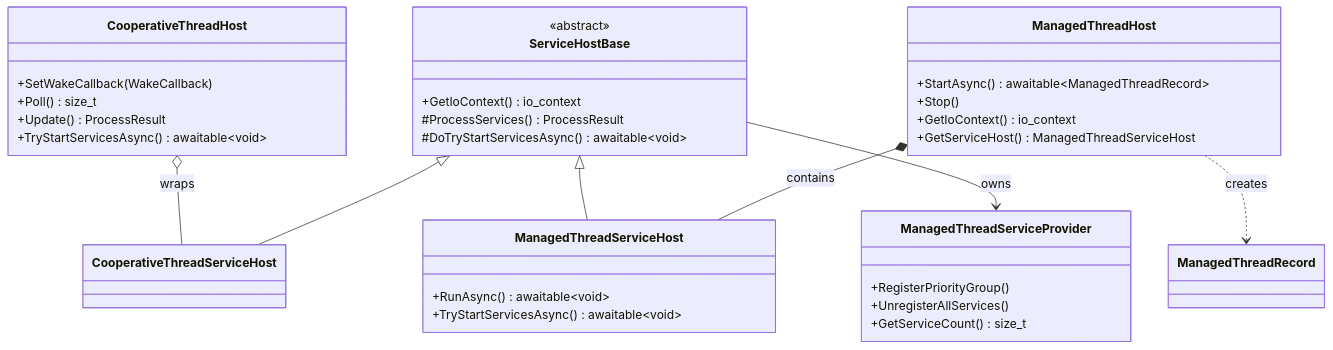
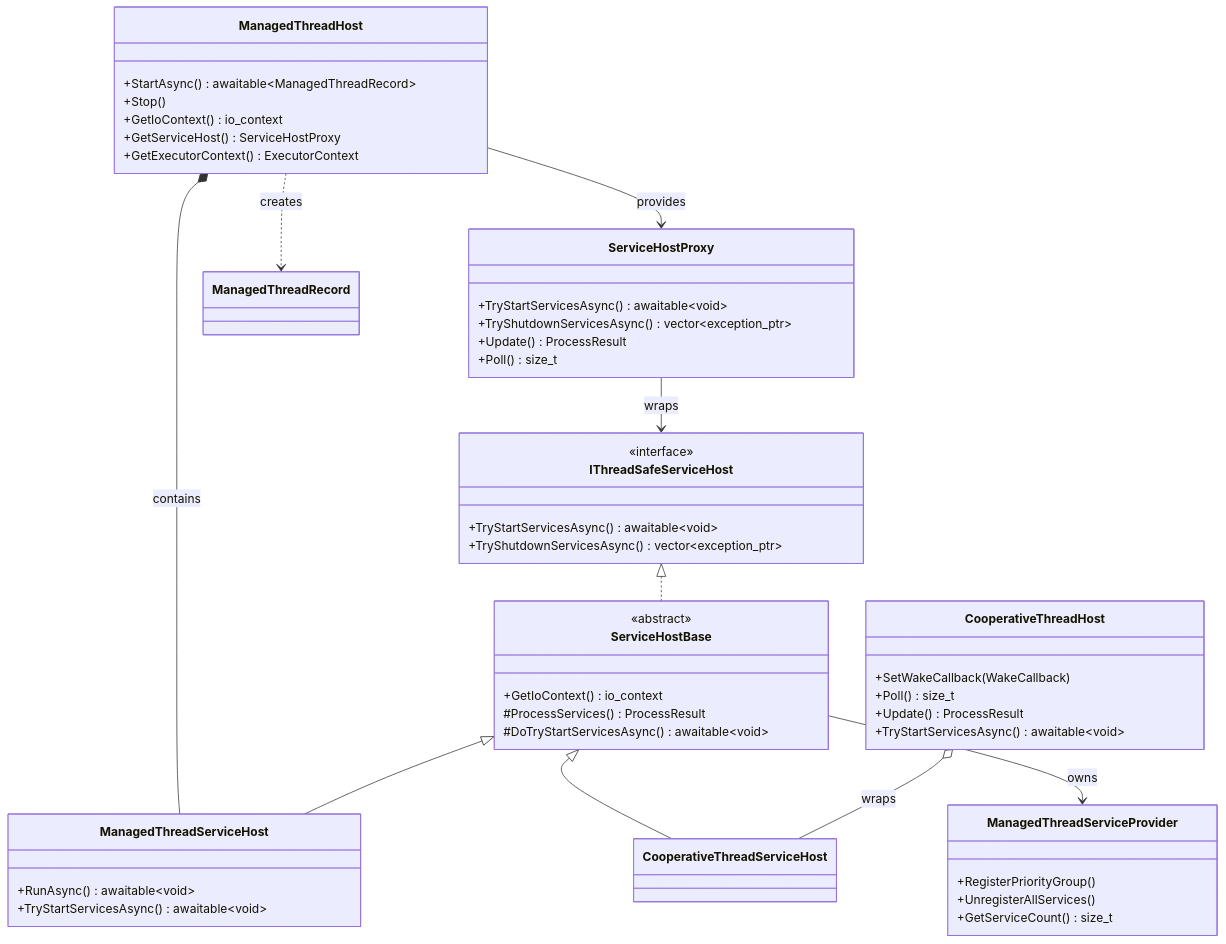
One commit to Unarmed1000/ServiceFrameworkExperiments changed the third of 11 diagrams in docs/class-diagrams.md. Above: the diagram before and after it, drawn with Mermaid. The commit also changed other lines of this file, not shown here.

Commit message:
Enhance class diagrams in documentation to include Util Layer and update LifecycleManager methods for async operations

````diff
--- a/docs/class-diagrams.md
+++ b/docs/class-diagrams.md
@@ -71,46 +98,63 @@
 ```mermaid
 classDiagram
     direction TB
 
     class ServiceHostBase {
         <<abstract>>
         +GetIoContext() io_context
         #ProcessServices() ProcessResult
         #DoTryStartServicesAsync() awaitable~void~
     }
 
     class CooperativeThreadHost {
         +SetWakeCallback(WakeCallback)
         +Poll() size_t
         +Update() ProcessResult
         +TryStartServicesAsync() awaitable~void~
     }
 
     class ManagedThreadServiceHost {
         +RunAsync() awaitable~void~
         +TryStartServicesAsync() awaitable~void~
     }
 
     class ManagedThreadHost {
         +StartAsync() awaitable~ManagedThreadRecord~
         +Stop()
         +GetIoContext() io_context
-        +GetServiceHost() ManagedThreadServiceHost
+        +GetServiceHost() ServiceHostProxy
+        +GetExecutorContext() ExecutorContext
+    }
+
+    class ServiceHostProxy {
+        +TryStartServicesAsync() awaitable~void~
+        +TryShutdownServicesAsync() vector~exception_ptr~
+        +Update() ProcessResult
+        +Poll() size_t
+    }
+
+    class IThreadSafeServiceHost {
+        <<interface>>
+        +TryStartServicesAsync() awaitable~void~
+        +TryShutdownServicesAsync() vector~exception_ptr~
     }
 
     class ManagedThreadServiceProvider {
         +RegisterPriorityGroup()
         +UnregisterAllServices()
         +GetServiceCount() size_t
     }
 
     class ManagedThreadRecord
 
     CooperativeThreadHost o-- CooperativeThreadServiceHost : wraps
     ServiceHostBase <|-- CooperativeThreadServiceHost
     ServiceHostBase <|-- ManagedThreadServiceHost
     ServiceHostBase --> ManagedThreadServiceProvider : owns
+    IThreadSafeServiceHost <|.. ServiceHostBase
 
     ManagedThreadHost *-- ManagedThreadServiceHost : contains
     ManagedThreadHost ..> ManagedThreadRecord : creates
+    ServiceHostProxy --> IThreadSafeServiceHost : wraps
+    ManagedThreadHost --> ServiceHostProxy : provides
 ```
````
